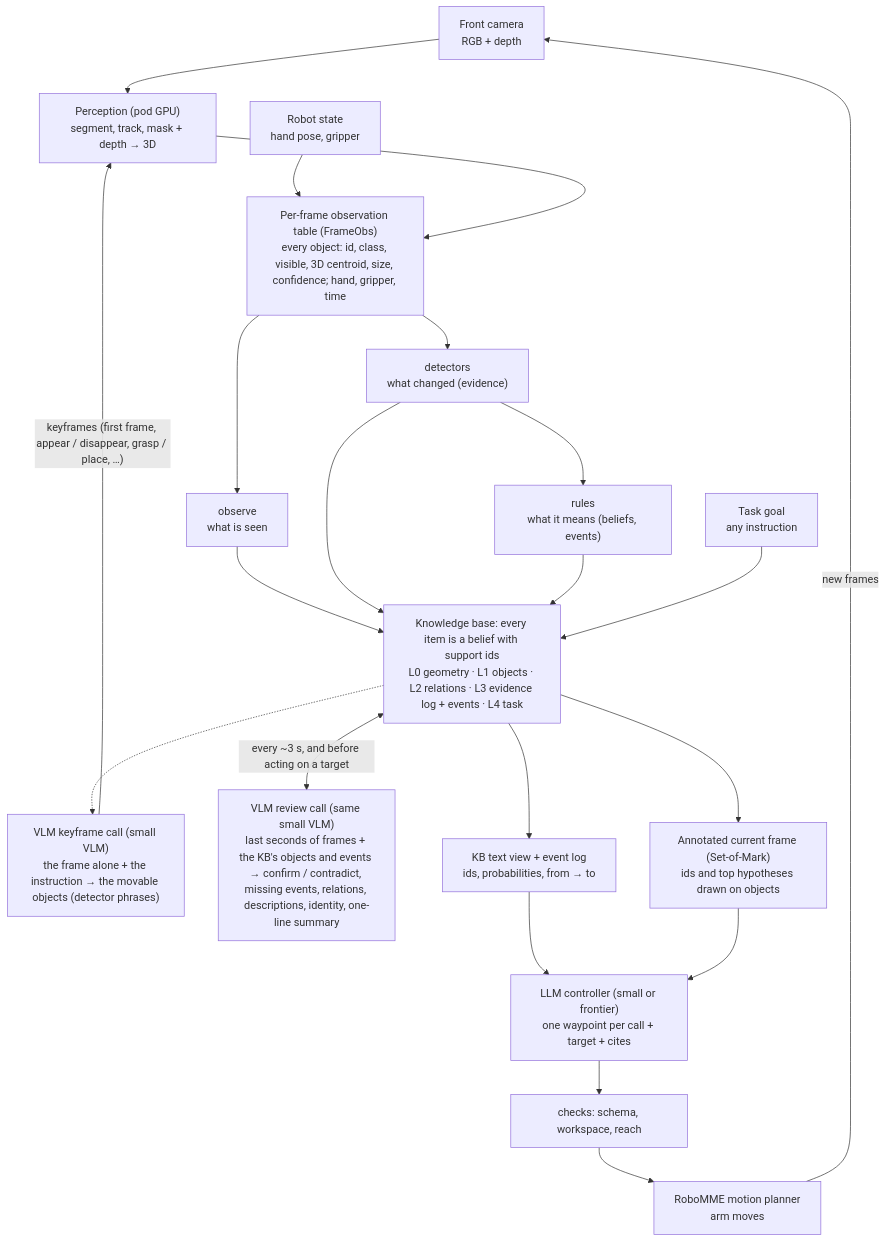
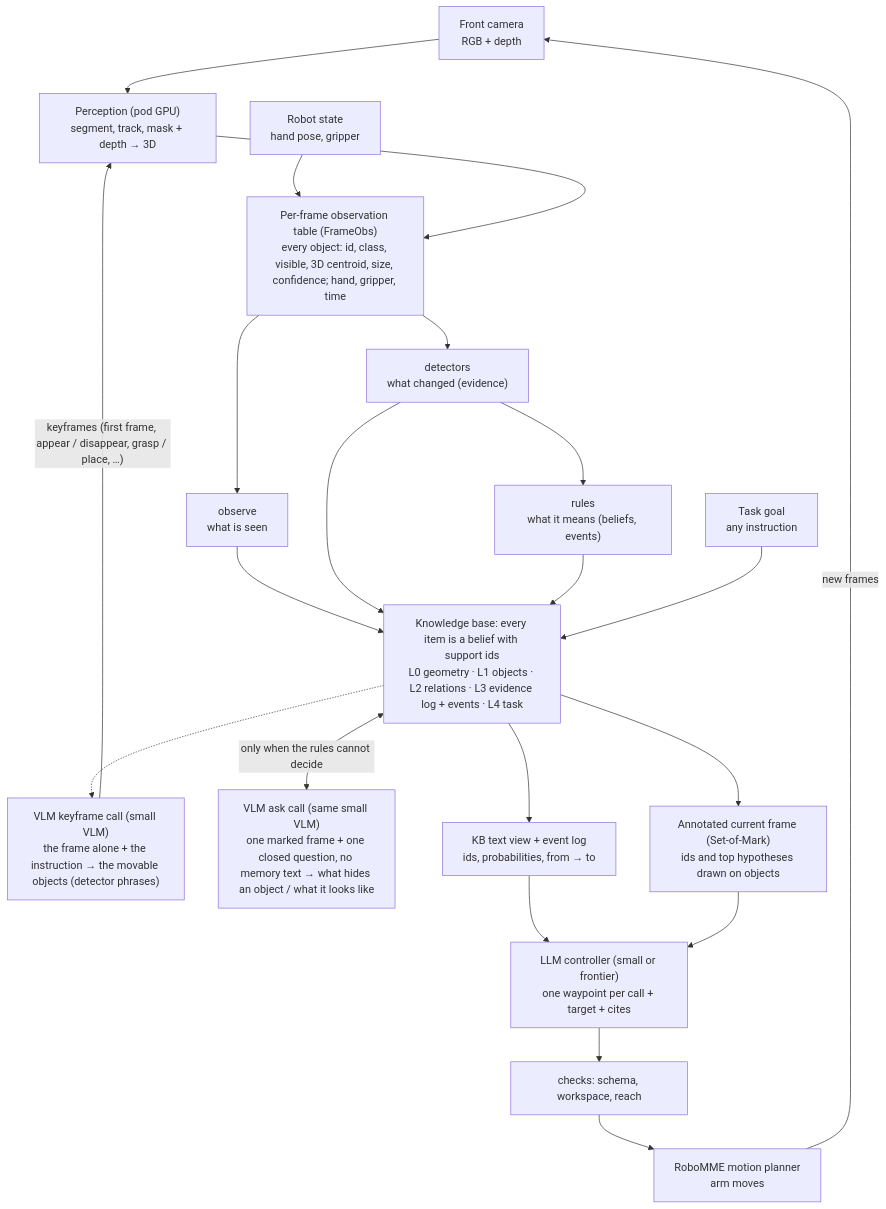
The diagram in DEVELOPMENT.md (vinzppp/arbiterkb), drawn with Mermaid before and after one commit. The commit also changed other lines of this file and 2 other files, not shown here.

Commit message:
Spec v1.11 (robot actions from robot state; periodic review removed, ask call; L4 goal counter; view v4; motion v2; prompts frozen), HANDOFF rewritten, NOTES

````diff
--- a/DEVELOPMENT.md
+++ b/DEVELOPMENT.md
@@ -70,23 +70,23 @@
 ```mermaid
 flowchart TB
   CAM["Front camera<br/>RGB + depth"] --> PER["Perception (pod GPU)<br/>segment, track, mask + depth → 3D"]
   RS["Robot state<br/>hand pose, gripper"] --> OBS
   PER --> OBS["Per-frame observation table (FrameObs)<br/>every object: id, class, visible, 3D centroid, size, confidence; hand, gripper, time"]
   OBS --> O["observe<br/>what is seen"]
   OBS --> D["detectors<br/>what changed (evidence)"]
   D --> R["rules<br/>what it means (beliefs, events)"]
   O --> KB
   D --> KB
   R --> KB
   GOAL["Task goal<br/>any instruction"] --> KB
   KB["Knowledge base: every item is a belief with support ids<br/>L0 geometry · L1 objects · L2 relations · L3 evidence log + events · L4 task"]
   ANN -->|"keyframes (first frame, appear / disappear, grasp / place, …)"| PER
   KB -.-> ANN["VLM keyframe call (small VLM)<br/>the frame alone + the instruction → the movable objects (detector phrases)"]
-  KB <-->|"every ~3 s, and before acting on a target"| REV["VLM review call (same small VLM)<br/>last seconds of frames + the KB's objects and events → confirm / contradict, missing events, relations, descriptions, identity, one-line summary"]
+  KB <-->|"only when the rules cannot decide"| ASK["VLM ask call (same small VLM)<br/>one marked frame + one closed question, no memory text → what hides an object / what it looks like"]
   KB --> V1["KB text view + event log<br/>ids, probabilities, from → to"]
   KB --> V2["Annotated current frame (Set-of-Mark)<br/>ids and top hypotheses drawn on objects"]
   V1 --> C["LLM controller (small or frontier)<br/>one waypoint per call + target + cites"]
   V2 --> C
   C --> CHK["checks: schema, workspace, reach"] --> MP["RoboMME motion planner<br/>arm moves"]
   MP -->|"new frames"| CAM
 ```
````
